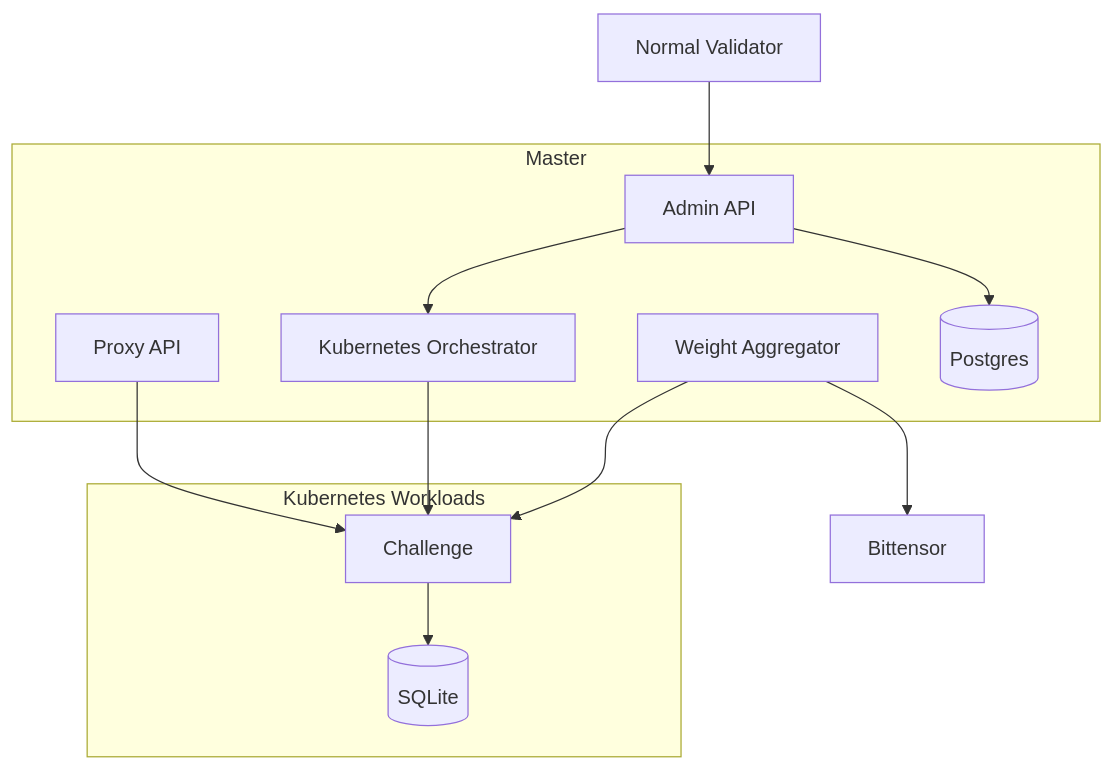
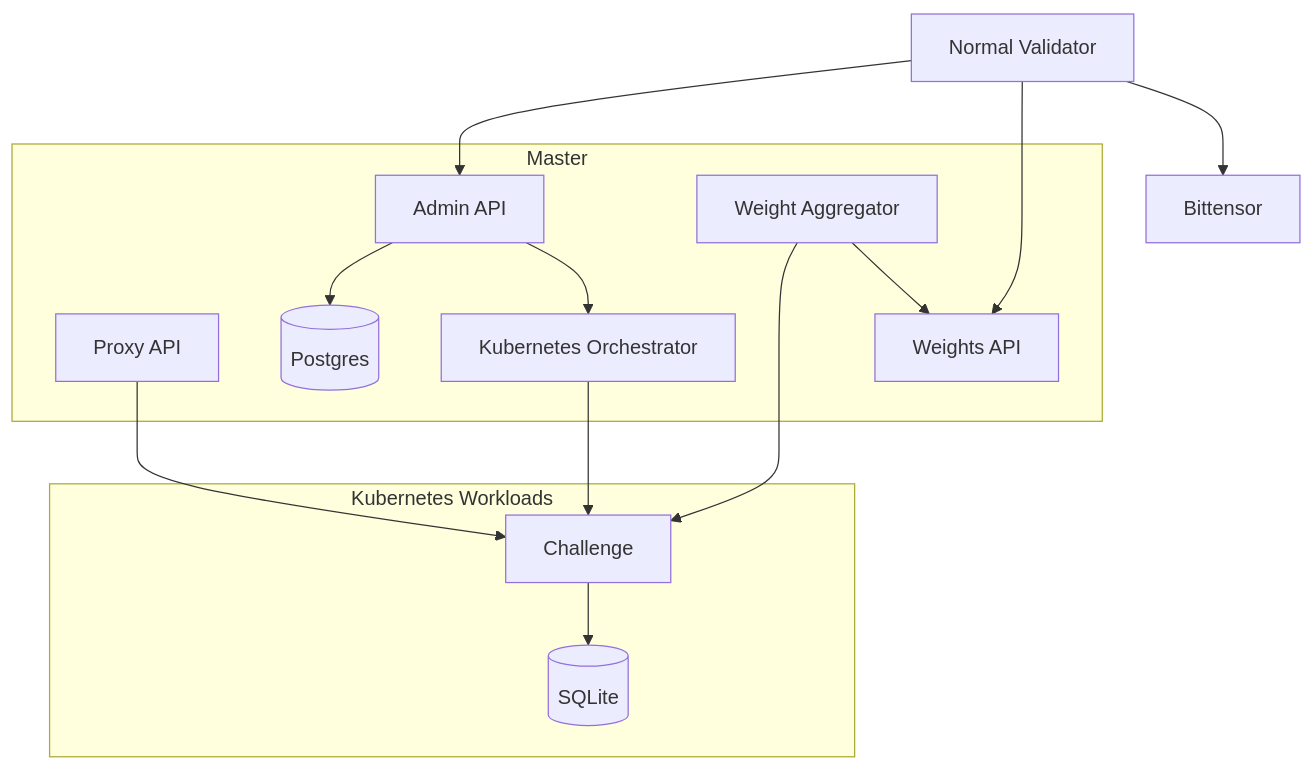
One commit to PlatformNetwork/platform changed the diagram in docs/architecture.md. Above: the diagram before and after it, drawn with Mermaid. The commit also changed other lines of this file and 3 other files, not shown here.

````diff
--- a/docs/architecture.md
+++ b/docs/architecture.md
@@ -7,22 +7,25 @@
 ```mermaid
 flowchart TB
     subgraph M[Master]
       A[Admin API]
       P[Proxy API]
       O[Kubernetes Orchestrator]
       G[Weight Aggregator]
+      W[Weights API]
       DB[(Postgres)]
     end
     subgraph D[Kubernetes Workloads]
       C1[Challenge]
       CDB[(SQLite)]
     end
     V[Normal Validator] --> A
     A --> DB
     A --> O
     P --> C1
     O --> C1
     C1 --> CDB
     G --> C1
-    G --> BT[Bittensor]
+    G --> W
+    V --> W
+    V --> BT[Bittensor]
 ```
````
